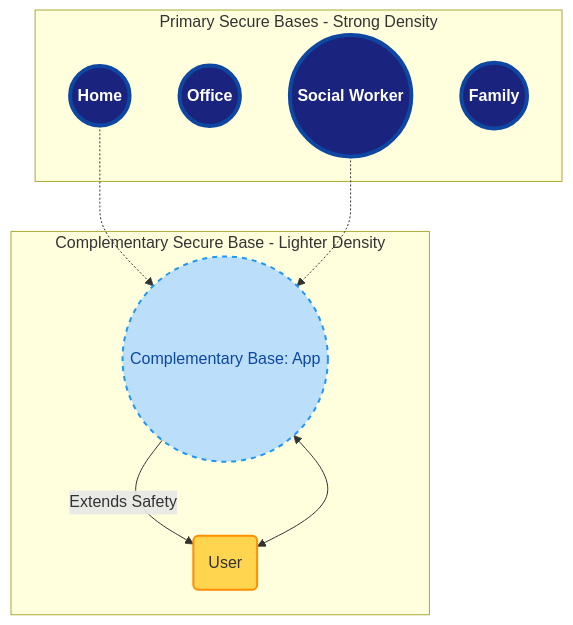
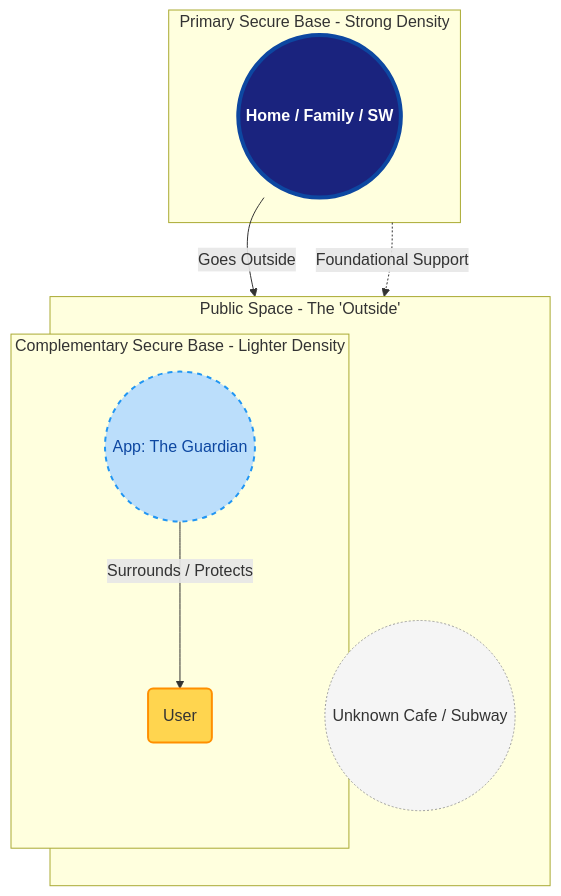
Before and after one commit to keiseiisobe/pocket-secure-base: the diagram in docs/CONCEPT.md, drawn with Mermaid.

````diff
--- a/docs/CONCEPT.md
+++ b/docs/CONCEPT.md
@@ -13,26 +13,32 @@
 ```mermaid
 graph TD
     %% Styling for Density
     classDef primary fill:#1a237e,stroke:#0d47a1,stroke-width:4px,color:#fff,font-weight:bold;
     classDef complementary fill:#bbdefb,stroke:#2196f3,stroke-width:2px,color:#0d47a1,stroke-dasharray: 5 5;
     classDef user fill:#ffd54f,stroke:#ff8f00,stroke-width:2px;
+    classDef public fill:#f5f5f5,stroke:#9e9e9e,stroke-dasharray: 2 2;
 
-    subgraph Primary_Anchors [Primary Secure Bases - Strong Density]
-        Home((Home)):::primary
-        Office((Office)):::primary
-        SW((Social Worker)):::primary
-        Family((Family)):::primary
+    %% Primary Zone
+    subgraph Primary_Zone [Primary Secure Base - Strong Density]
+        Home((Home / Family / SW)):::primary
     end
 
-    subgraph Mobile_Safety [Complementary Secure Base - Lighter Density]
-        UserNode(User):::user
-        App((Complementary Base: App)):::complementary
+    %% Transition
+    Home -- "Goes Outside" --> UserNode
+
+    %% Public Space with App Protection
+    subgraph Public_Space [Public Space - The 'Outside']
+        direction TB
+        subgraph App_Bubble [Complementary Secure Base - Lighter Density]
+            UserNode(User):::user
+            App((App: The Guardian)):::complementary
+            
+            App -- "Surrounds / Protects" --> UserNode
+        end
         
-        UserNode <--> App
+        Destination((Unknown Cafe / Subway)):::public
     end
 
-    %% Relationship
-    Home -.-> App
-    SW -.-> App
-    App -- "Extends Safety" --> UserNode
+    %% Legend-like connection
+    Primary_Zone -. "Foundational Support" .-> App_Bubble
 ```
````
